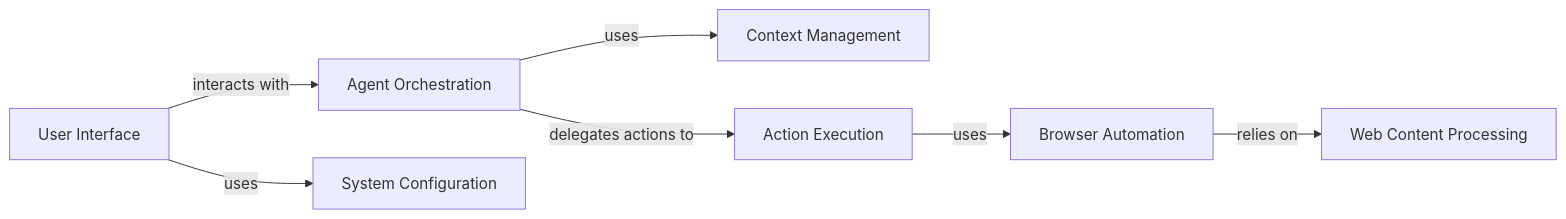
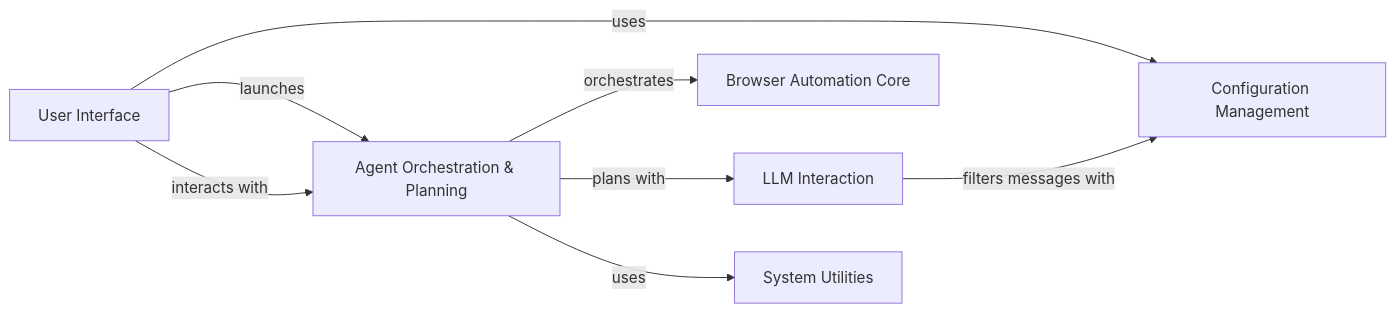
The diagram in browser-use/on_boarding.md (CodeBoarding/GeneratedOnBoardings), drawn with Mermaid before and after one commit. The commit also changed other lines of this file and 12 other files, not shown here.

````diff
--- a/browser-use/on_boarding.md
+++ b/browser-use/on_boarding.md
@@ -1,23 +1,22 @@
 ```mermaid
 graph LR
     User_Interface["User Interface"]
-    Agent_Orchestration["Agent Orchestration"]
-    Context_Management["Context Management"]
-    Action_Execution["Action Execution"]
-    Browser_Automation["Browser Automation"]
-    Web_Content_Processing["Web Content Processing"]
-    System_Configuration["System Configuration"]
-    User_Interface -- "interacts with" --> Agent_Orchestration
-    Agent_Orchestration -- "uses" --> Context_Management
-    Agent_Orchestration -- "delegates actions to" --> Action_Execution
-    Action_Execution -- "uses" --> Browser_Automation
-    Browser_Automation -- "relies on" --> Web_Content_Processing
-    User_Interface -- "uses" --> System_Configuration
+    Configuration_Management["Configuration Management"]
+    Browser_Automation_Core["Browser Automation Core"]
+    Agent_Orchestration_Planning["Agent Orchestration & Planning"]
+    LLM_Interaction["LLM Interaction"]
+    System_Utilities["System Utilities"]
+    User_Interface -- "uses" --> Configuration_Management
+    User_Interface -- "launches" --> Agent_Orchestration_Planning
+    User_Interface -- "interacts with" --> Agent_Orchestration_Planning
+    Agent_Orchestration_Planning -- "orchestrates" --> Browser_Automation_Core
+    Agent_Orchestration_Planning -- "plans with" --> LLM_Interaction
+    Agent_Orchestration_Planning -- "uses" --> System_Utilities
+    LLM_Interaction -- "filters messages with" --> Configuration_Management
     click User_Interface href "https://github.com/CodeBoarding/GeneratedOnBoardings/blob/main/browser-use/User Interface.md" "Details"
-    click Agent_Orchestration href "https://github.com/CodeBoarding/GeneratedOnBoardings/blob/main/browser-use/Agent Orchestration.md" "Details"
-    click Context_Management href "https://github.com/CodeBoarding/GeneratedOnBoardings/blob/main/browser-use/Context Management.md" "Details"
-    click Action_Execution href "https://github.com/CodeBoarding/GeneratedOnBoardings/blob/main/browser-use/Action Execution.md" "Details"
-    click Browser_Automation href "https://github.com/CodeBoarding/GeneratedOnBoardings/blob/main/browser-use/Browser Automation.md" "Details"
-    click Web_Content_Processing href "https://github.com/CodeBoarding/GeneratedOnBoardings/blob/main/browser-use/Web Content Processing.md" "Details"
-    click System_Configuration href "https://github.com/CodeBoarding/GeneratedOnBoardings/blob/main/browser-use/System Configuration.md" "Details"
+    click Configuration_Management href "https://github.com/CodeBoarding/GeneratedOnBoardings/blob/main/browser-use/Configuration Management.md" "Details"
+    click Browser_Automation_Core href "https://github.com/CodeBoarding/GeneratedOnBoardings/blob/main/browser-use/Browser Automation Core.md" "Details"
+    click Agent_Orchestration_Planning href "https://github.com/CodeBoarding/GeneratedOnBoardings/blob/main/browser-use/Agent Orchestration & Planning.md" "Details"
+    click LLM_Interaction href "https://github.com/CodeBoarding/GeneratedOnBoardings/blob/main/browser-use/LLM Interaction.md" "Details"
+    click System_Utilities href "https://github.com/CodeBoarding/GeneratedOnBoardings/blob/main/browser-use/System Utilities.md" "Details"
 ```
````
